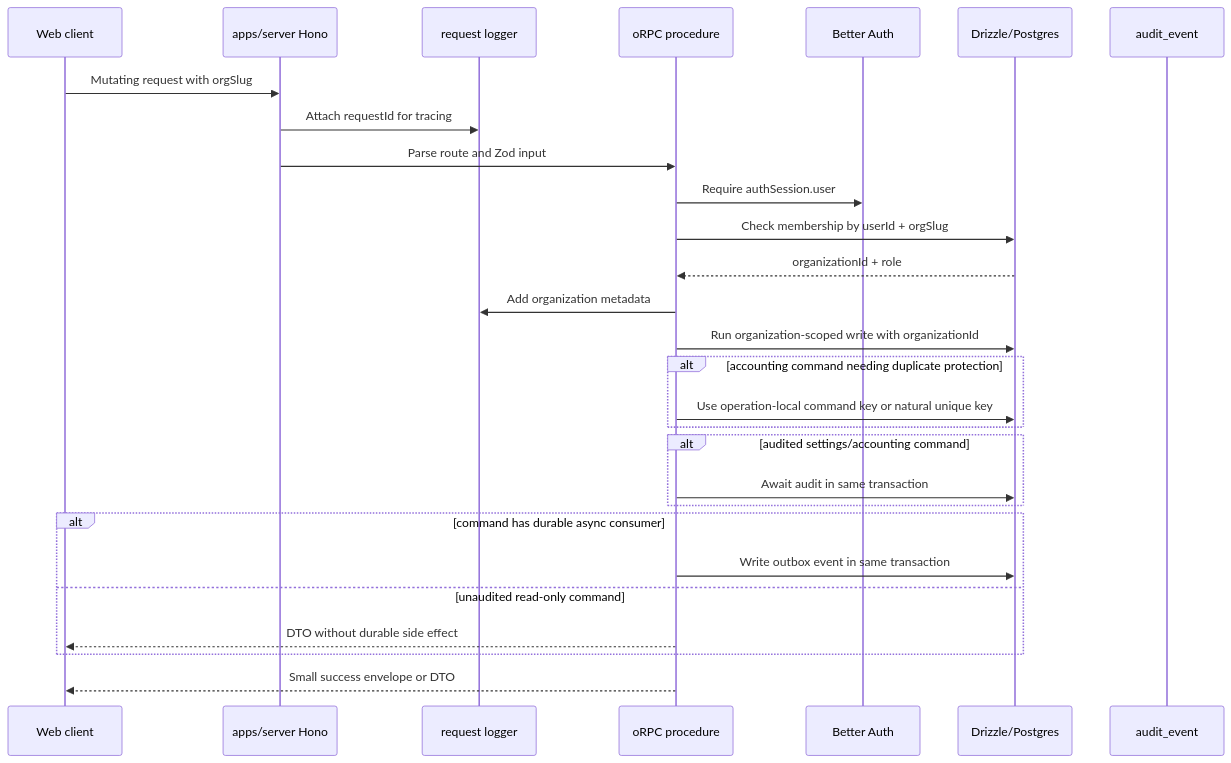
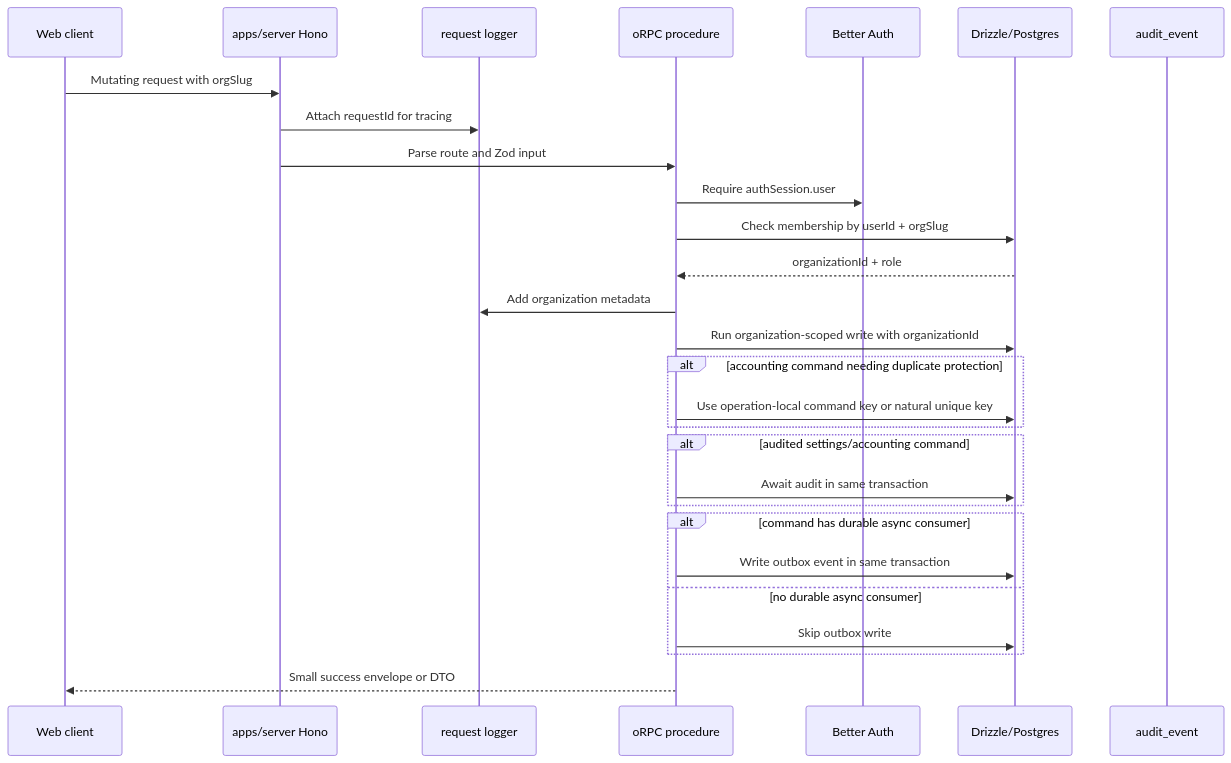
Before and after one commit to isherbuilds/edernal-books: the third of 6 diagrams in docs/architecture.md, drawn with Mermaid. The commit also changed 33 other files, not shown here.

````diff
--- a/docs/architecture.md
+++ b/docs/architecture.md
@@ -115,31 +115,31 @@
 ```mermaid
 sequenceDiagram
   participant Client as Web client
   participant Hono as apps/server Hono
   participant Log as request logger
   participant API as oRPC procedure
   participant Auth as Better Auth
   participant DB as Drizzle/Postgres
   participant Audit as audit_event
 
   Client->>Hono: Mutating request with orgSlug
   Hono->>Log: Attach requestId for tracing
   Hono->>API: Parse route and Zod input
   API->>Auth: Require authSession.user
   API->>DB: Check membership by userId + orgSlug
   DB-->>API: organizationId + role
   API->>Log: Add organization metadata
   API->>DB: Run organization-scoped write with organizationId
   alt accounting command needing duplicate protection
     API->>DB: Use operation-local command key or natural unique key
   end
   alt audited settings/accounting command
     API->>DB: Await audit in same transaction
   end
   alt command has durable async consumer
     API->>DB: Write outbox event in same transaction
-  else unaudited read-only command
-    API-->>Client: DTO without durable side effect
+  else no durable async consumer
+    API->>DB: Skip outbox write
   end
   API-->>Client: Small success envelope or DTO
 ```
````
